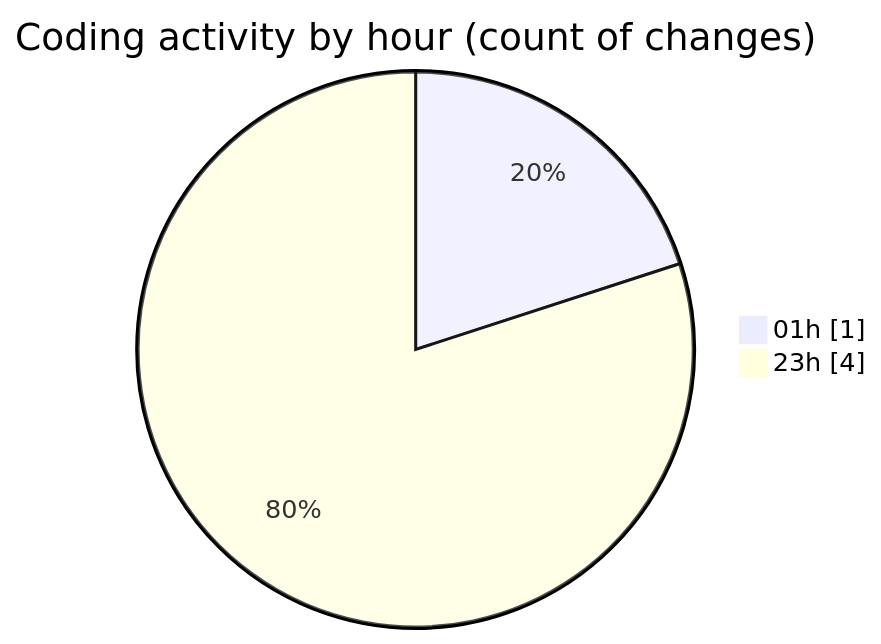
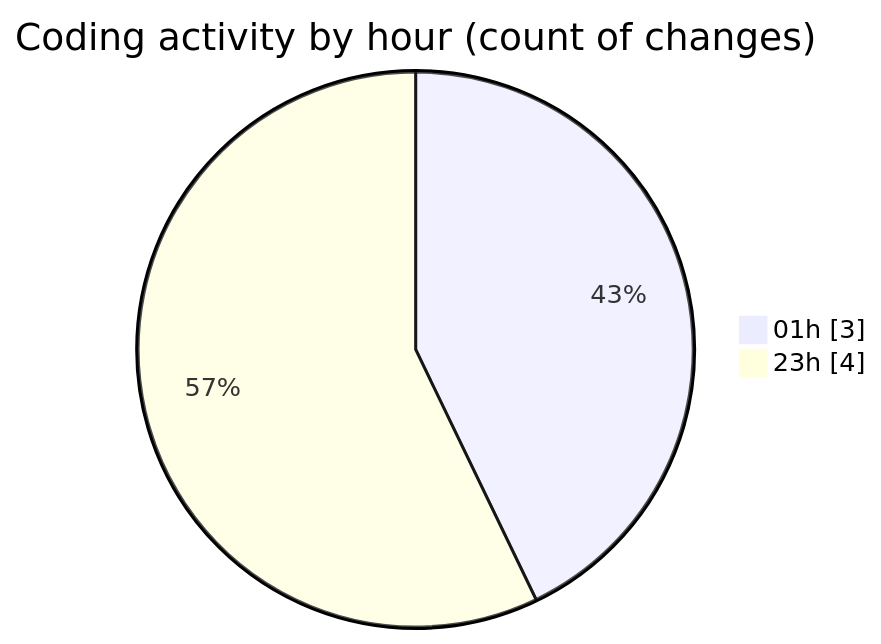
The second of 2 diagrams in 2025-09-08/quanlylink/README.md (lephambinh05/code-tracking), drawn with Mermaid before and after one commit. The commit also changed other lines of this file and 1 other file, not shown here.

````diff
--- a/2025-09-08/quanlylink/README.md
+++ b/2025-09-08/quanlylink/README.md
@@ -33,6 +33,6 @@
 ```mermaid
 pie showData
 title Coding activity by hour (count of changes)
-"01h" : 1
+"01h" : 3
 "23h" : 4
 ```
````
